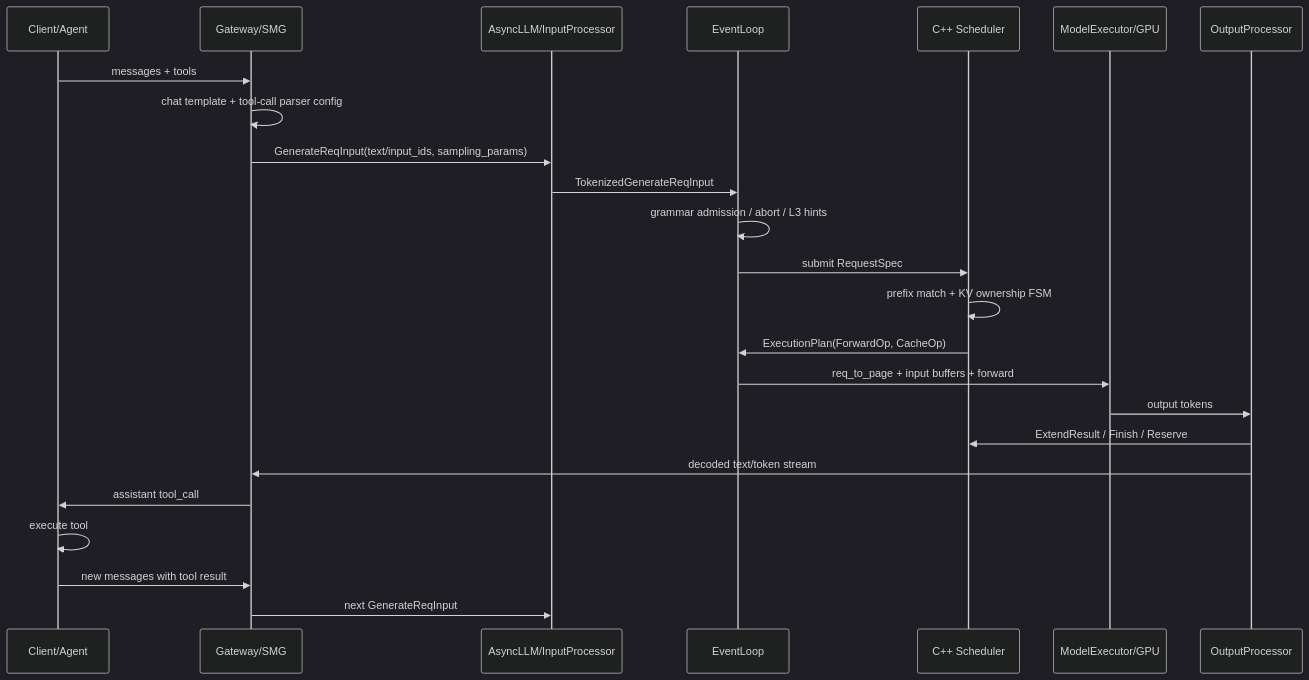
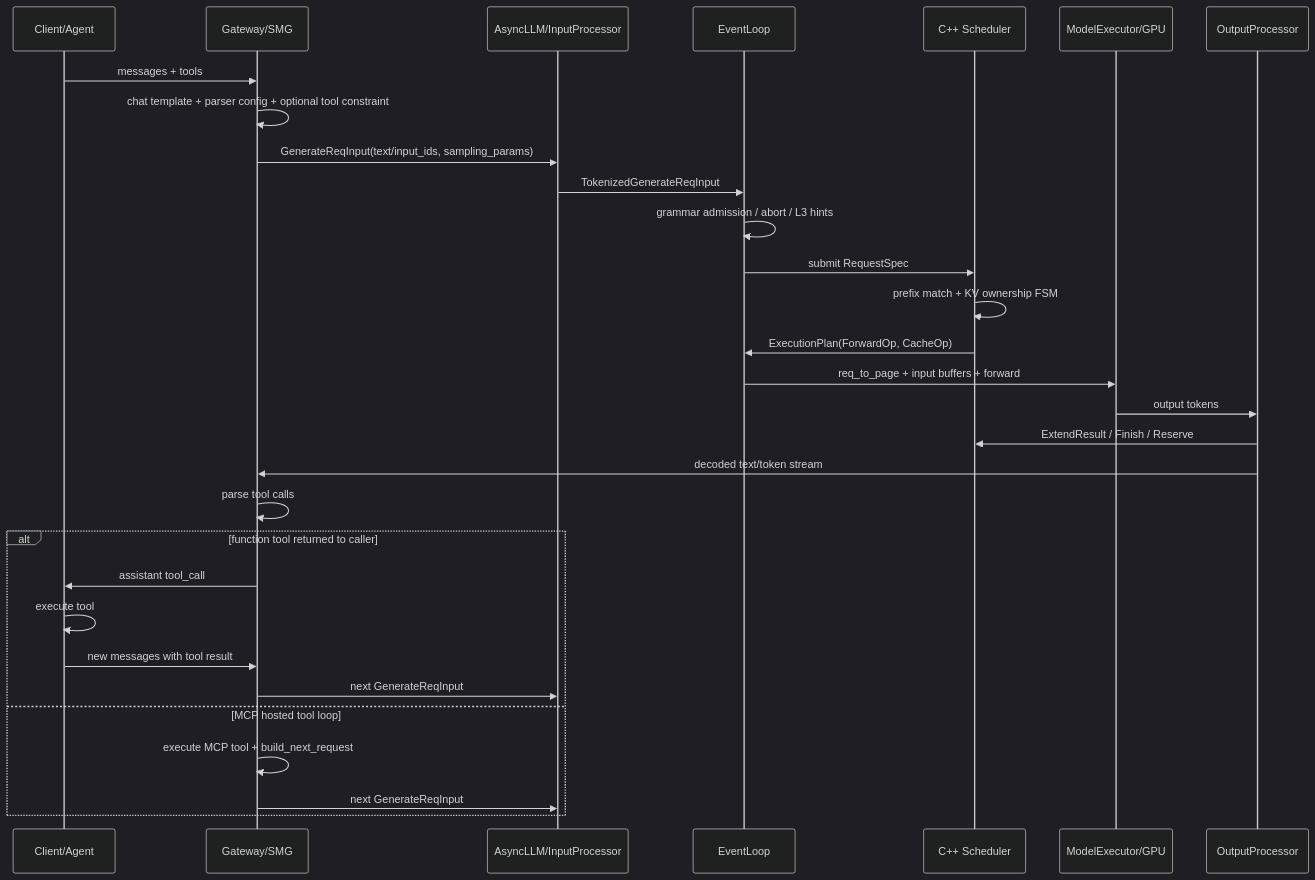
One commit to raindaywhu/tokenspeed changed the second of 2 diagrams in analysis/ascend-agent-runtime/02-request-lifecycle.md. Above: the diagram before and after it, drawn with Mermaid (dark theme). The commit also changed other lines of this file, not shown here.

Commit message:
Close tool parser lifecycle evidence

````diff
--- a/analysis/ascend-agent-runtime/02-request-lifecycle.md
+++ b/analysis/ascend-agent-runtime/02-request-lifecycle.md
@@ -309,27 +327,33 @@
 ```mermaid
 sequenceDiagram
   participant C as Client/Agent
   participant G as Gateway/SMG
   participant A as AsyncLLM/InputProcessor
   participant E as EventLoop
   participant S as C++ Scheduler
   participant M as ModelExecutor/GPU
   participant O as OutputProcessor
 
   C->>G: messages + tools
-  G->>G: chat template + tool-call parser config
+  G->>G: chat template + parser config + optional tool constraint
   G->>A: GenerateReqInput(text/input_ids, sampling_params)
   A->>E: TokenizedGenerateReqInput
   E->>E: grammar admission / abort / L3 hints
   E->>S: submit RequestSpec
   S->>S: prefix match + KV ownership FSM
   S->>E: ExecutionPlan(ForwardOp, CacheOp)
   E->>M: req_to_page + input buffers + forward
   M->>O: output tokens
   O->>S: ExtendResult / Finish / Reserve
   O->>G: decoded text/token stream
-  G->>C: assistant tool_call
-  C->>C: execute tool
-  C->>G: new messages with tool result
-  G->>A: next GenerateReqInput
+  G->>G: parse tool calls
+  alt function tool returned to caller
+    G->>C: assistant tool_call
+    C->>C: execute tool
+    C->>G: new messages with tool result
+    G->>A: next GenerateReqInput
+  else MCP hosted tool loop
+    G->>G: execute MCP tool + build_next_request
+    G->>A: next GenerateReqInput
+  end
 ```
````
